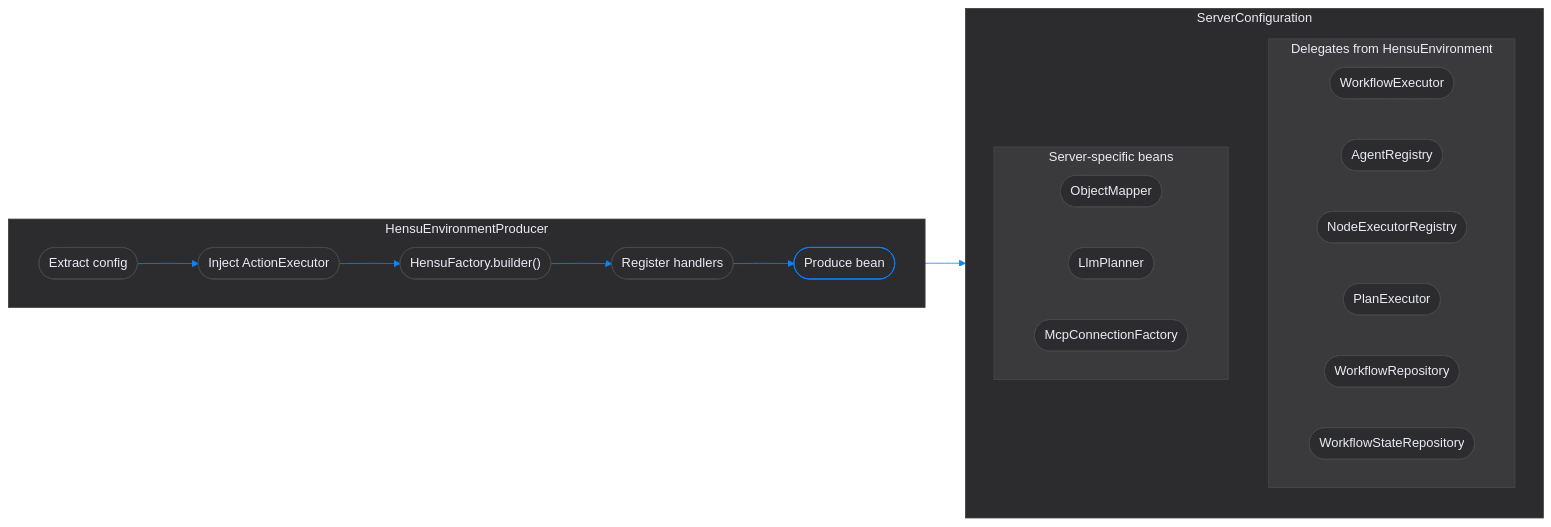
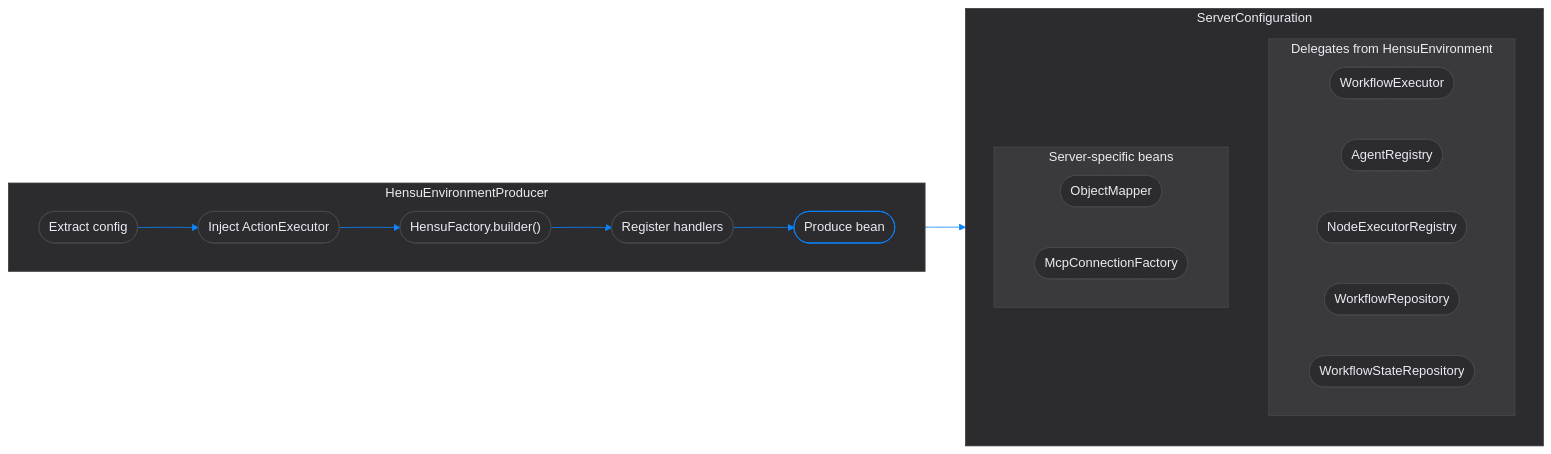
Before and after one commit to hensu-project/hensu: the sixth of 6 diagrams in docs/unified-architecture.md, drawn with Mermaid (neutral theme). The commit also changed other lines of this file and 117 other files, not shown here.

````diff
--- a/docs/unified-architecture.md
+++ b/docs/unified-architecture.md
@@ -604,50 +626,46 @@
 ```mermaid
 flowchart LR
     subgraph producer["HensuEnvironmentProducer"]
         direction LR
         p1(["Extract config"]) --> p2(["Inject ActionExecutor"]) --> p3(["HensuFactory.builder()"]) --> p4(["Register handlers"]) --> p5(["Produce bean"])
     end
 
     subgraph config["ServerConfiguration"]
         direction TB
         subgraph delegates["Delegates from HensuEnvironment"]
             direction LR
             d1(["WorkflowExecutor"])
             d2(["AgentRegistry"])
             d3(["NodeExecutorRegistry"])
-            d4(["PlanExecutor"])
             d5(["WorkflowRepository"])
             d6(["WorkflowStateRepository"])
         end
         subgraph server_beans["Server-specific beans"]
             direction LR
             s1(["ObjectMapper"])
-            s2(["LlmPlanner"])
             s3(["McpConnectionFactory"])
         end
     end
 
     producer --> config
 
     style producer fill:#2c2c2e, stroke:#3a3a3c, color:#ebebf5, stroke-width:1px
     style config fill:#2c2c2e, stroke:#3a3a3c, color:#ebebf5, stroke-width:1px
     style delegates fill:#3a3a3c, stroke:#48484a, color:#ebebf5, stroke-width:1px
     style server_beans fill:#3a3a3c, stroke:#48484a, color:#ebebf5, stroke-width:1px
 
     style p1 fill:#2c2c2e, stroke:#48484a, color:#ebebf5, stroke-width:1px
     style p2 fill:#2c2c2e, stroke:#48484a, color:#ebebf5, stroke-width:1px
     style p3 fill:#2c2c2e, stroke:#48484a, color:#ebebf5, stroke-width:1px
     style p4 fill:#2c2c2e, stroke:#48484a, color:#ebebf5, stroke-width:1px
     style p5 fill:#2c2c2e, stroke:#0A84FF, color:#ebebf5, stroke-width:1px
     style d1 fill:#2c2c2e, stroke:#48484a, color:#ebebf5, stroke-width:1px
     style d2 fill:#2c2c2e, stroke:#48484a, color:#ebebf5, stroke-width:1px
     style d3 fill:#2c2c2e, stroke:#48484a, color:#ebebf5, stroke-width:1px
-    style d4 fill:#2c2c2e, stroke:#48484a, color:#ebebf5, stroke-width:1px
     style d5 fill:#2c2c2e, stroke:#48484a, color:#ebebf5, stroke-width:1px
     style d6 fill:#2c2c2e, stroke:#48484a, color:#ebebf5, stroke-width:1px
     style s1 fill:#2c2c2e, stroke:#48484a, color:#ebebf5, stroke-width:1px
-    style s2 fill:#2c2c2e, stroke:#48484a, color:#ebebf5, stroke-width:1px
     style s3 fill:#2c2c2e, stroke:#48484a, color:#ebebf5, stroke-width:1px
 
     linkStyle default stroke:#0A84FF, stroke-width:1px
 ```
````
